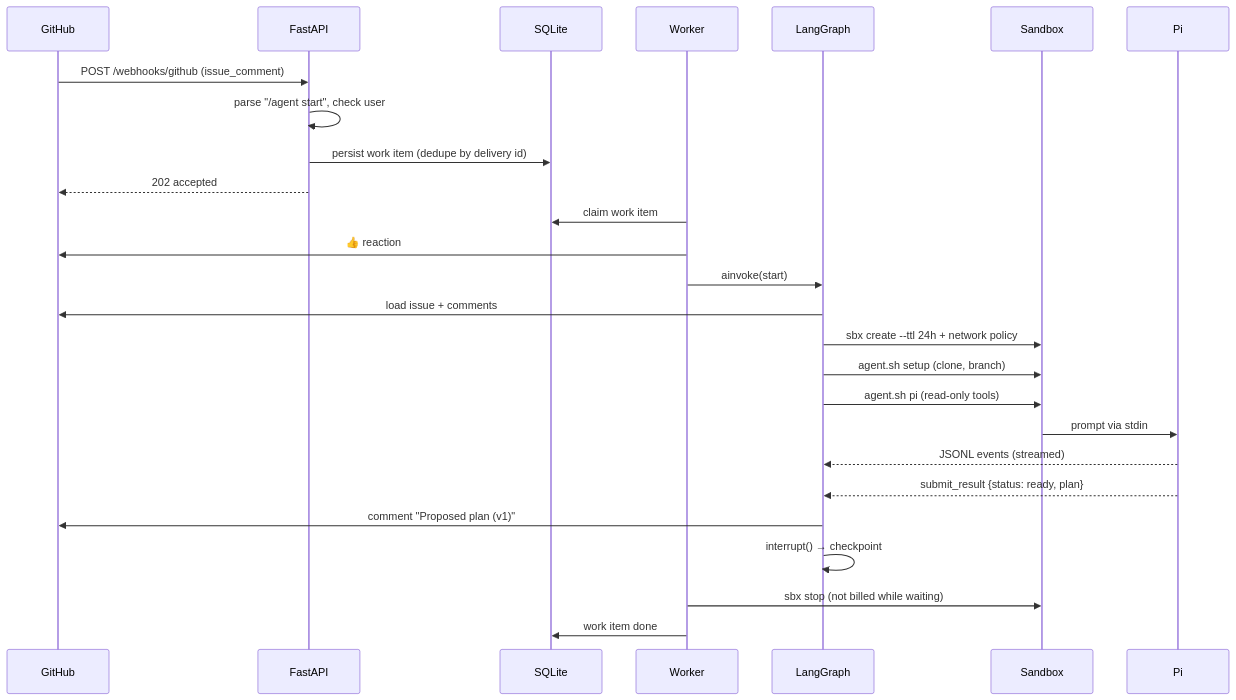
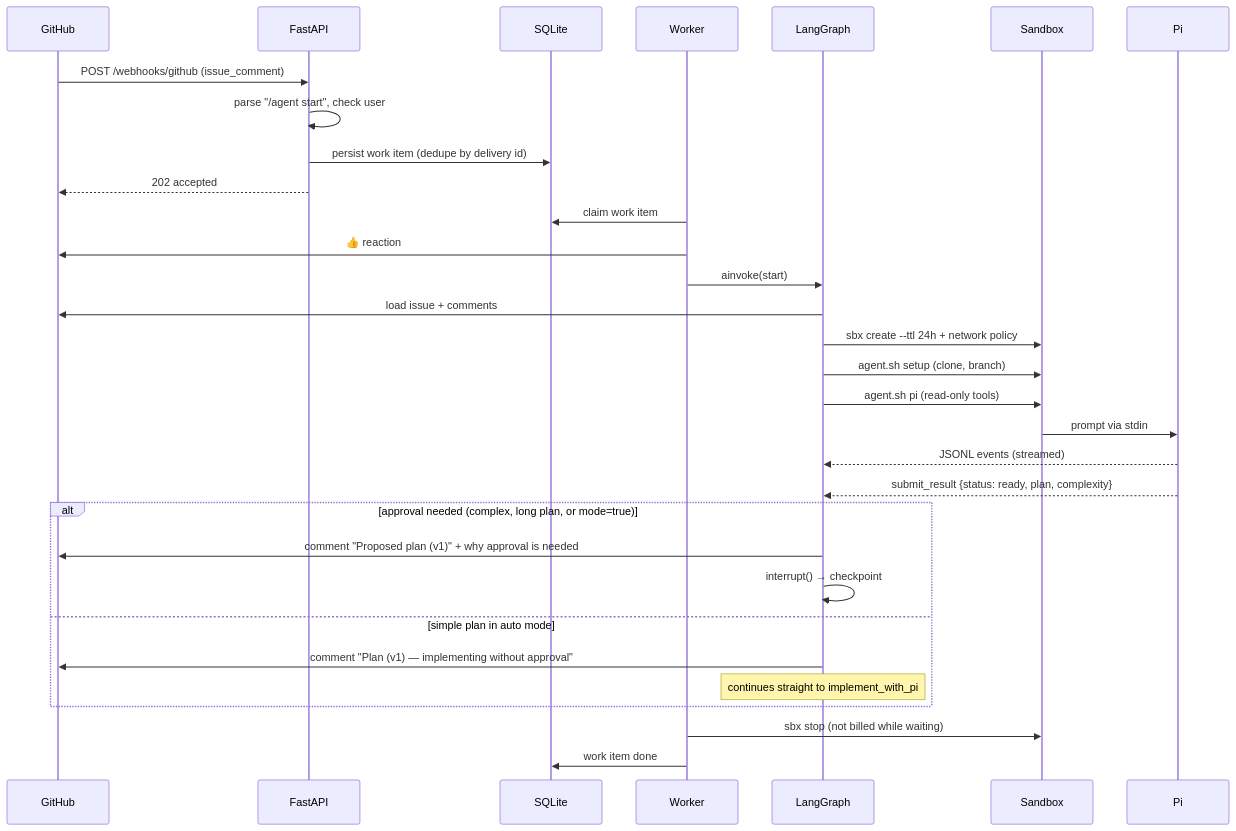
One commit to NetanelRotem/agent-demo-taskboard changed the first of 3 diagrams in docs/05-run-sequence.md. Above: the diagram before and after it, drawn with Mermaid. The commit also changed 28 other files, not shown here.

First line of the commit message:
Add live dashboard, review rounds, and complexity-based plan approval

````diff
--- a/docs/05-run-sequence.md
+++ b/docs/05-run-sequence.md
@@ -7,29 +7,34 @@
 ```mermaid
 sequenceDiagram
     participant GH as GitHub
     participant API as FastAPI
     participant DB as SQLite
     participant W as Worker
     participant G as LangGraph
     participant SB as Sandbox
     participant PI as Pi
 
     GH->>API: POST /webhooks/github (issue_comment)
     API->>API: parse "/agent start", check user
     API->>DB: persist work item (dedupe by delivery id)
     API-->>GH: 202 accepted
     W->>DB: claim work item
     W->>GH: 👍 reaction
     W->>G: ainvoke(start)
     G->>GH: load issue + comments
     G->>SB: sbx create --ttl 24h + network policy
     G->>SB: agent.sh setup (clone, branch)
     G->>SB: agent.sh pi (read-only tools)
     SB->>PI: prompt via stdin
     PI-->>G: JSONL events (streamed)
-    PI-->>G: submit_result {status: ready, plan}
-    G->>GH: comment "Proposed plan (v1)"
-    G->>G: interrupt() → checkpoint
+    PI-->>G: submit_result {status: ready, plan, complexity}
+    alt approval needed (complex, long plan, or mode=true)
+        G->>GH: comment "Proposed plan (v1)" + why approval is needed
+        G->>G: interrupt() → checkpoint
+    else simple plan in auto mode
+        G->>GH: comment "Plan (v1) — implementing without approval"
+        Note over G: continues straight to implement_with_pi
+    end
     W->>SB: sbx stop (not billed while waiting)
     W->>DB: work item done
 ```
````
